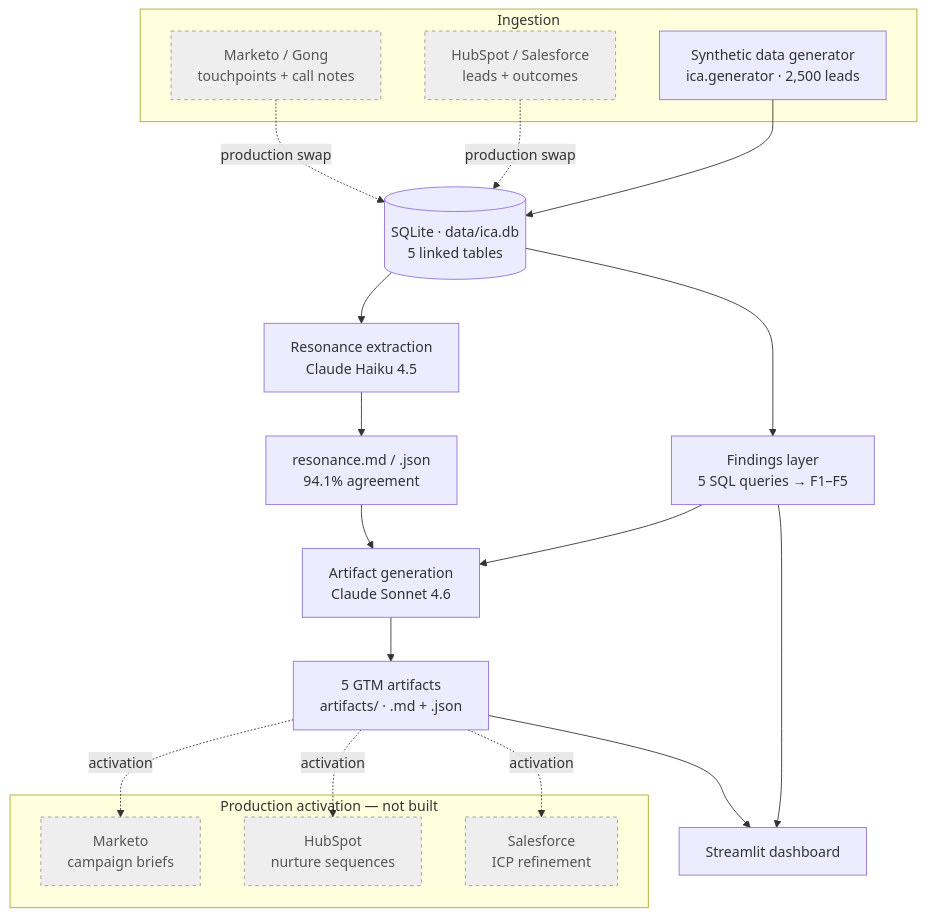
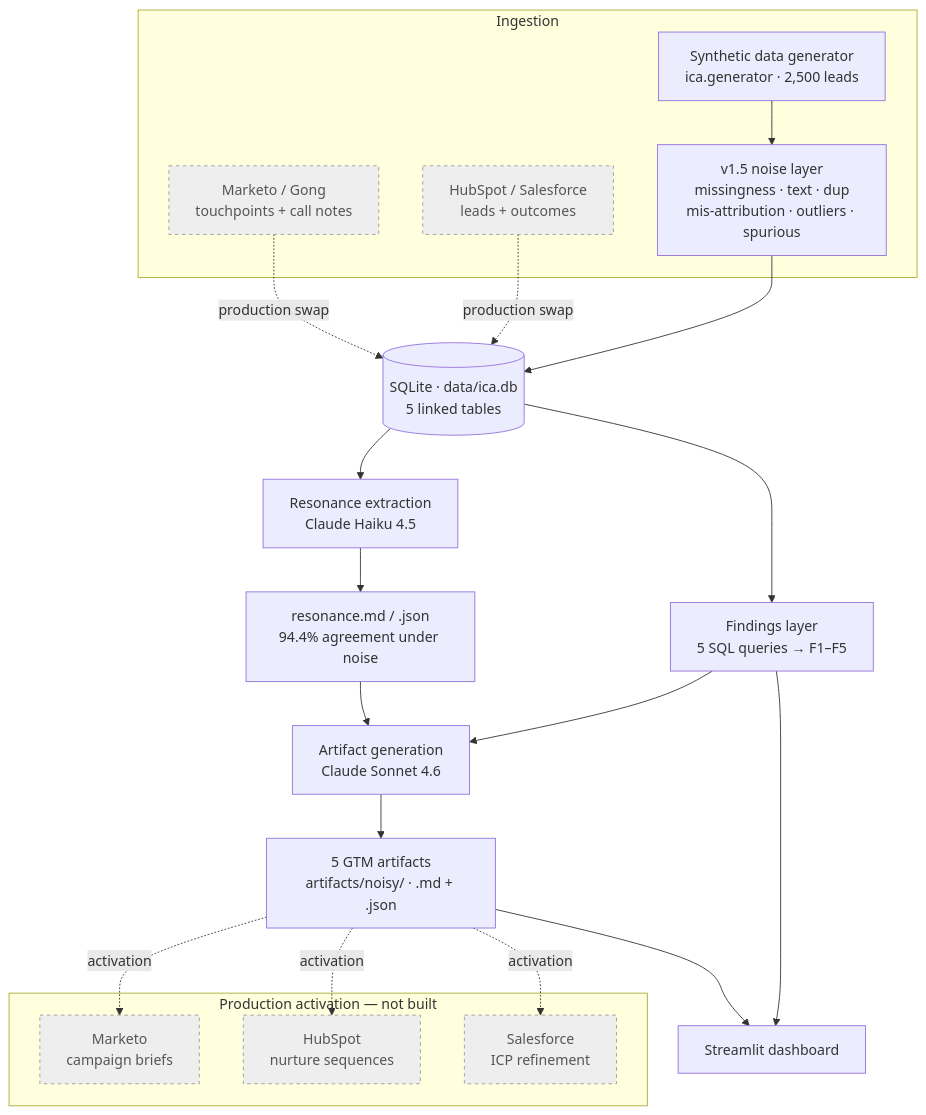
Before and after one commit to ryanmichaels-jpg/inbound-cause-analysis: the diagram in README.md, drawn with Mermaid. The commit also changed other lines of this file, not shown here.

````diff
--- a/README.md
+++ b/README.md
@@ -40,29 +40,30 @@
 ```mermaid
 flowchart TB
     subgraph ingest [Ingestion]
         GEN["Synthetic data generator<br/>ica.generator · 2,500 leads"]
+        NOISE["v1.5 noise layer<br/>missingness · text · dup<br/>mis-attribution · outliers · spurious"]
         CRM["HubSpot / Salesforce<br/>leads + outcomes"]:::prod
         TOUCH["Marketo / Gong<br/>touchpoints + call notes"]:::prod
     end
     DB[("SQLite · data/ica.db<br/>5 linked tables")]
-    GEN --> DB
+    GEN --> NOISE --> DB
     CRM -. production swap .-> DB
     TOUCH -. production swap .-> DB
     DB --> FIND["Findings layer<br/>5 SQL queries → F1–F5"]
     DB --> EXTRACT["Resonance extraction<br/>Claude Haiku 4.5"]
-    EXTRACT --> RES["resonance.md / .json<br/>94.1% agreement"]
+    EXTRACT --> RES["resonance.md / .json<br/>94.4% agreement under noise"]
     FIND --> ARTGEN["Artifact generation<br/>Claude Sonnet 4.6"]
     RES --> ARTGEN
-    ARTGEN --> ART["5 GTM artifacts<br/>artifacts/ · .md + .json"]
+    ARTGEN --> ART["5 GTM artifacts<br/>artifacts/noisy/ · .md + .json"]
     FIND --> DASH["Streamlit dashboard"]
     ART --> DASH
     subgraph activate [Production activation — not built]
         MKTO["Marketo<br/>campaign briefs"]:::prod
         HS["HubSpot<br/>nurture sequences"]:::prod
         SF["Salesforce<br/>ICP refinement"]:::prod
     end
     ART -. activation .-> MKTO
     ART -. activation .-> HS
     ART -. activation .-> SF
     classDef prod fill:#eeeeee,stroke:#999999,stroke-dasharray:4,color:#555555
 ```
````
